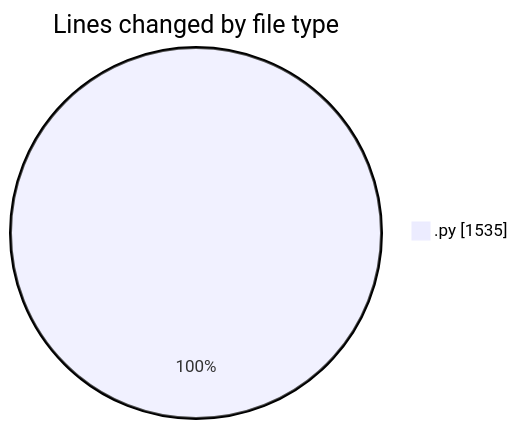
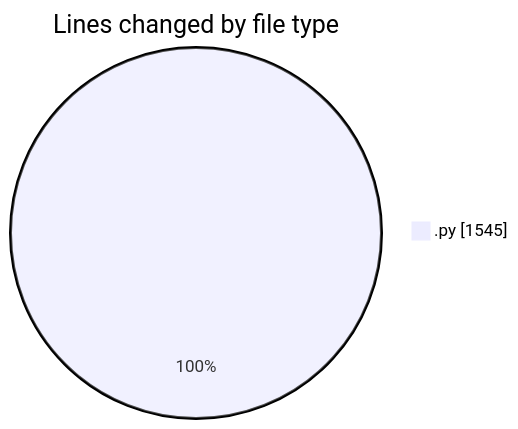
The first of 2 diagrams in 2025-05-08/myws__workspace_/README.md (MatusMokan/code-tracking), drawn with Mermaid before and after one commit. The commit also changed other lines of this file and 1 other file, not shown here.

````diff
--- a/2025-05-08/myws__workspace_/README.md
+++ b/2025-05-08/myws__workspace_/README.md
@@ -22,5 +22,5 @@
 ```mermaid
 pie showData
 title Lines changed by file type
-".py" : 1535
+".py" : 1545
 ```
````
